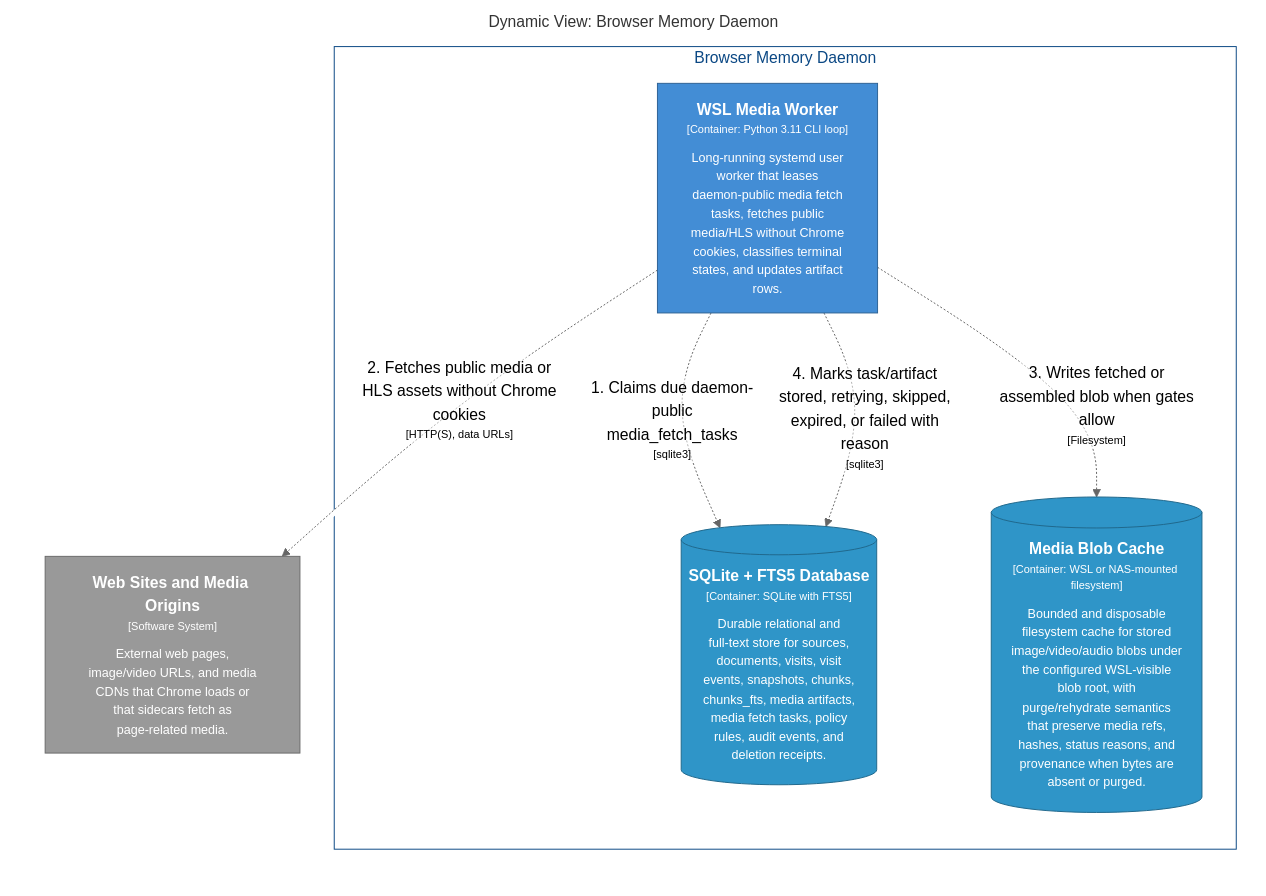
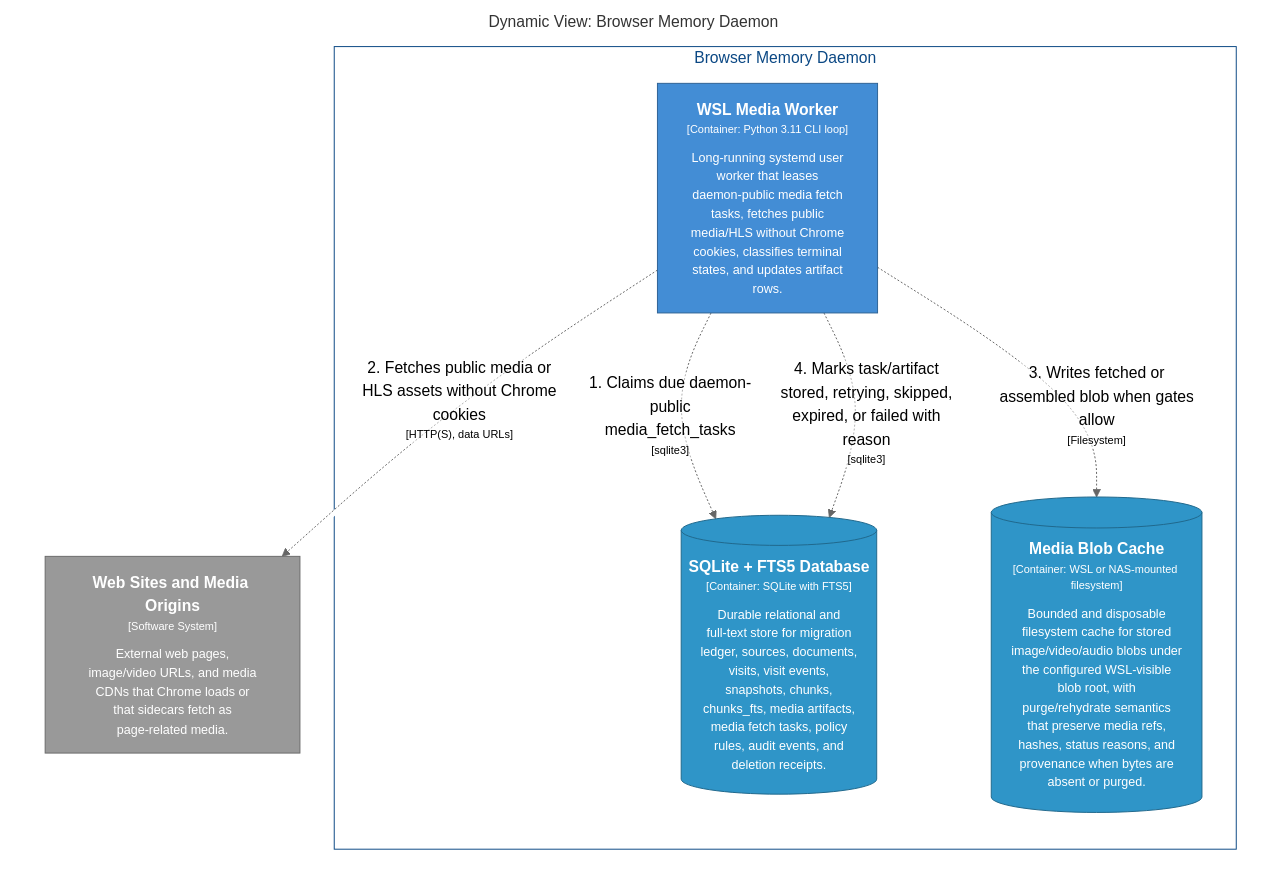
Before and after one commit to michaelnicks0/browser-memory-daemon: the diagram in docs/architecture/diagrams/markdown/DaemonPublicMediaWorkerFlow.md, drawn with Mermaid (neutral theme). The commit also changed 180 other files, not shown here.

Commit message:
feat(db): add versioned migration ledger and compatibility checks

````diff
--- a/docs/architecture/diagrams/markdown/DaemonPublicMediaWorkerFlow.md
+++ b/docs/architecture/diagrams/markdown/DaemonPublicMediaWorkerFlow.md
@@ -16,28 +16,28 @@
 ```mermaid
 graph LR
   linkStyle default fill:#ffffff
 
   subgraph diagram ["Dynamic View: Browser Memory Daemon"]
     style diagram fill:#ffffff,stroke:#ffffff
 
     subgraph 4 ["Browser Memory Daemon"]
       style 4 fill:#ffffff,stroke:#0b4884,color:#0b4884
 
-      24["<div style='font-weight: bold'>WSL Media Worker</div><div style='font-size: 70%; margin-top: 0px'>[Container: Python 3.11 CLI loop]</div><div style='font-size: 80%; margin-top:10px'>Long-running systemd user<br />worker that leases<br />daemon-public media fetch<br />tasks, fetches public<br />media/HLS without Chrome<br />cookies, classifies terminal<br />states, and updates artifact<br />rows.</div>"]
-      style 24 fill:#438dd5,stroke:#2e6295,color:#ffffff
-      27[("<div style='font-weight: bold'>SQLite + FTS5 Database</div><div style='font-size: 70%; margin-top: 0px'>[Container: SQLite with FTS5]</div><div style='font-size: 80%; margin-top:10px'>Durable relational and<br />full-text store for sources,<br />documents, visits, visit<br />events, snapshots, chunks,<br />chunks_fts, media artifacts,<br />media fetch tasks, policy<br />rules, audit events, and<br />deletion receipts.</div>")]
-      style 27 fill:#2f95c8,stroke:#20688c,color:#ffffff
-      29[("<div style='font-weight: bold'>Media Blob Cache</div><div style='font-size: 70%; margin-top: 0px'>[Container: WSL or NAS-mounted filesystem]</div><div style='font-size: 80%; margin-top:10px'>Bounded and disposable<br />filesystem cache for stored<br />image/video/audio blobs under<br />the configured WSL-visible<br />blob root, with<br />purge/rehydrate semantics<br />that preserve media refs,<br />hashes, status reasons, and<br />provenance when bytes are<br />absent or purged.</div>")]
-      style 29 fill:#2f95c8,stroke:#20688c,color:#ffffff
+      25["<div style='font-weight: bold'>WSL Media Worker</div><div style='font-size: 70%; margin-top: 0px'>[Container: Python 3.11 CLI loop]</div><div style='font-size: 80%; margin-top:10px'>Long-running systemd user<br />worker that leases<br />daemon-public media fetch<br />tasks, fetches public<br />media/HLS without Chrome<br />cookies, classifies terminal<br />states, and updates artifact<br />rows.</div>"]
+      style 25 fill:#438dd5,stroke:#2e6295,color:#ffffff
+      28[("<div style='font-weight: bold'>SQLite + FTS5 Database</div><div style='font-size: 70%; margin-top: 0px'>[Container: SQLite with FTS5]</div><div style='font-size: 80%; margin-top:10px'>Durable relational and<br />full-text store for migration<br />ledger, sources, documents,<br />visits, visit events,<br />snapshots, chunks,<br />chunks_fts, media artifacts,<br />media fetch tasks, policy<br />rules, audit events, and<br />deletion receipts.</div>")]
+      style 28 fill:#2f95c8,stroke:#20688c,color:#ffffff
+      30[("<div style='font-weight: bold'>Media Blob Cache</div><div style='font-size: 70%; margin-top: 0px'>[Container: WSL or NAS-mounted filesystem]</div><div style='font-size: 80%; margin-top:10px'>Bounded and disposable<br />filesystem cache for stored<br />image/video/audio blobs under<br />the configured WSL-visible<br />blob root, with<br />purge/rehydrate semantics<br />that preserve media refs,<br />hashes, status reasons, and<br />provenance when bytes are<br />absent or purged.</div>")]
+      style 30 fill:#2f95c8,stroke:#20688c,color:#ffffff
     end
 
     3["<div style='font-weight: bold'>Web Sites and Media Origins</div><div style='font-size: 70%; margin-top: 0px'>[Software System]</div><div style='font-size: 80%; margin-top:10px'>External web pages,<br />image/video URLs, and media<br />CDNs that Chrome loads or<br />that sidecars fetch as<br />page-related media.</div>"]
     style 3 fill:#999999,stroke:#6b6b6b,color:#ffffff
 
-    24-. "<div>1. Claims due daemon-public<br />media_fetch_tasks</div><div style='font-size: 70%'>[sqlite3]</div>" .->27
-    24-. "<div>2. Fetches public media or<br />HLS assets without Chrome<br />cookies</div><div style='font-size: 70%'>[HTTP(S), data URLs]</div>" .->3
-    24-. "<div>3. Writes fetched or<br />assembled blob when gates<br />allow</div><div style='font-size: 70%'>[Filesystem]</div>" .->29
-    24-. "<div>4. Marks task/artifact<br />stored, retrying, skipped,<br />expired, or failed with<br />reason</div><div style='font-size: 70%'>[sqlite3]</div>" .->27
+    25-. "<div>1. Claims due daemon-public<br />media_fetch_tasks</div><div style='font-size: 70%'>[sqlite3]</div>" .->28
+    25-. "<div>2. Fetches public media or<br />HLS assets without Chrome<br />cookies</div><div style='font-size: 70%'>[HTTP(S), data URLs]</div>" .->3
+    25-. "<div>3. Writes fetched or<br />assembled blob when gates<br />allow</div><div style='font-size: 70%'>[Filesystem]</div>" .->30
+    25-. "<div>4. Marks task/artifact<br />stored, retrying, skipped,<br />expired, or failed with<br />reason</div><div style='font-size: 70%'>[sqlite3]</div>" .->28
 
   end
 ```
````
